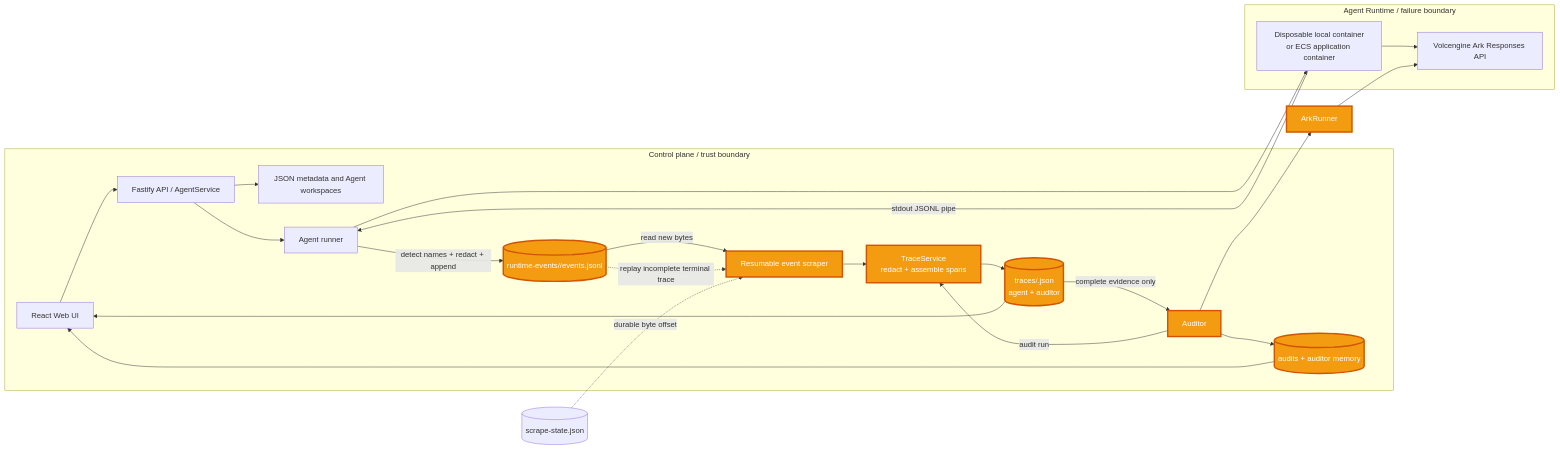
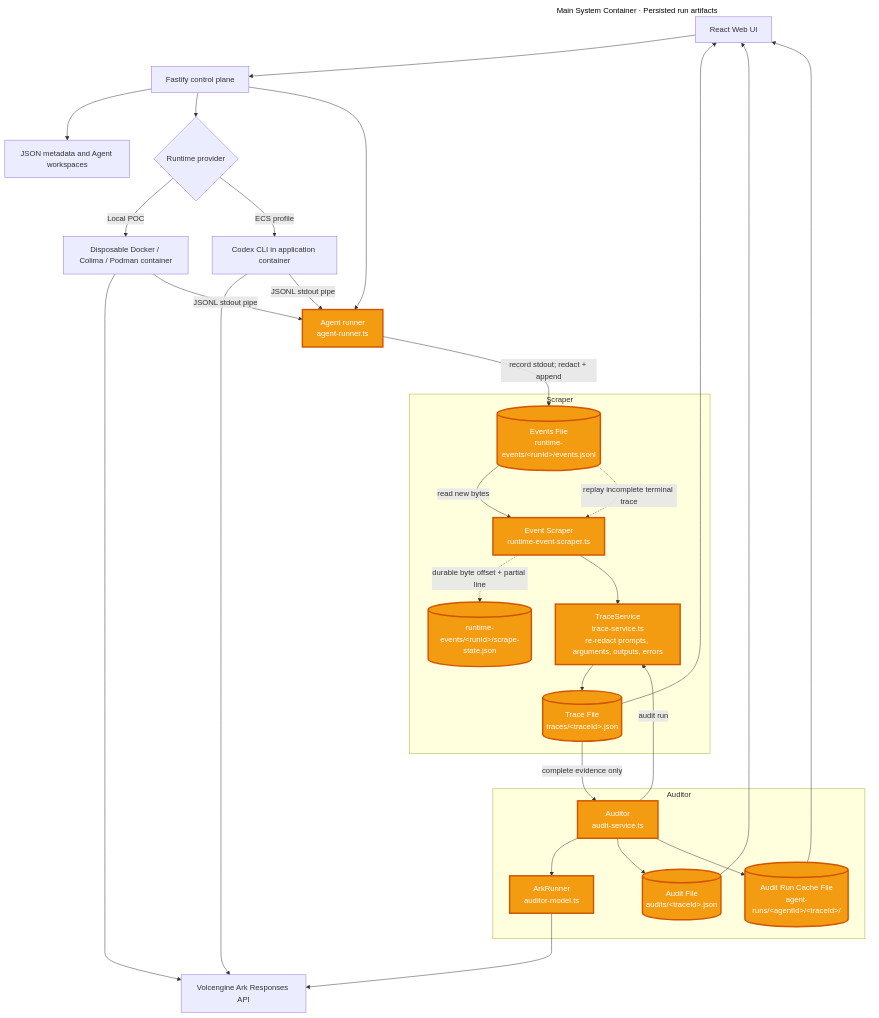
One commit to Not-jovan/Monkey changed the first of 3 diagrams in README.md. Above: the diagram before and after it, drawn with Mermaid. The commit also changed other lines of this file, not shown here.

````diff
--- a/README.md
+++ b/README.md
@@ -14,36 +21,41 @@
 ```mermaid
-flowchart LR
-    subgraph Control["Control plane / trust boundary"]
-        UI["React Web UI"] --> API["Fastify API / AgentService"]
-        API --> Store["JSON metadata and Agent workspaces"]
-        API --> Runner["Agent runner"]
-        Runner -->|detect names + redact + append| EventFile[("runtime-events/<runId>/events.jsonl")]
-        Scraper["Resumable event scraper"] --> Tracer["TraceService\nredact + assemble spans"]
-        Tracer --> Traces[("traces/<traceId>.json\nagent + auditor")]
-        Traces -->|complete evidence only| Auditor["Auditor"]
-        Auditor --> Audits[("audits + auditor memory")]
+flowchart TB
+    UI["React Web UI"] --> API["Fastify control plane"]
+    API --> Store["JSON metadata and Agent workspaces"]
+    API --> Runtime{"Runtime provider"}
+    Runtime -->|Local POC| Container["Disposable Docker / Colima / Podman container"]
+    Runtime -->|ECS profile| Codex["Codex CLI in application container"]
+    Container --> Ark["Volcengine Ark Responses API"]
+    Codex --> Ark["Volcengine Ark Responses API"]
+    API --> Runner["Agent runner<br/>agent-runner.ts"]
+    Container -->|JSONL stdout pipe| Runner
+    Codex -->|JSONL stdout pipe| Runner
+    Runner -->|record stdout; redact + append| Events
+
+    subgraph ParentGroup [Main System Container · Persisted run artifacts]
+        subgraph EventPipeline [Scraper]
+            Events[("Events File<br/>runtime-events/&lt;runId&gt;/events.jsonl")]
+            Events -->|read new bytes| EventScraper["Event Scraper<br/>runtime-event-scraper.ts"]
+            Events -.->|replay incomplete terminal trace| EventScraper
+            EventScraper -.->|durable byte offset + partial line| ScrapeState[("runtime-events/&lt;runId&gt;/scrape-state.json")]
+            EventScraper --> Tracer["TraceService<br/>trace-service.ts<br/>re-redact prompts, arguments, outputs, errors"]
+            Tracer --> Traces[("Trace File<br/>traces/&lt;traceId&gt;.json")]
+        end
         Traces --> UI
-        Audits --> UI
+
+        Traces -->|complete evidence only| Auditor
+        subgraph AuditorFlow [Auditor]
+            Auditor["Auditor<br/>audit-service.ts"] --> ArkRunner["ArkRunner<br/>auditor-model.ts"]
+            Auditor --> Audits[("Audit File<br/>audits/&lt;traceId&gt;.json")]
+            Auditor --> Memory[("Audit Run Cache File<br/>agent-runs/&lt;agentId&gt;/&lt;traceId&gt;/")]
+            Auditor -->|audit run| Tracer
+        end
     end
+    ArkRunner --> Ark
+    Audits --> UI
+    Memory --> UI
 
-    subgraph RuntimeBoundary["Agent Runtime / failure boundary"]
-        Runner --> Container["Disposable local container\nor ECS application container"]
-        Container --> Ark["Volcengine Ark Responses API"]
-        Container -->|stdout JSONL pipe| Runner
-    end
-
-    EventFile -->|read new bytes| Scraper
-    EventFile -.->|replay incomplete terminal trace| Scraper
-    ScrapeState[("scrape-state.json")] -.->|durable byte offset| Scraper
-    Auditor --> ArkRunner["ArkRunner"]
-    ArkRunner --> Ark
-    Auditor -->|audit run| Tracer
-
-    style EventFile fill:#f39c12,stroke:#d35400,stroke-width:3px,color:#ffffff
-    style Scraper fill:#f39c12,stroke:#d35400,stroke-width:3px,color:#ffffff
-    style Tracer fill:#f39c12,stroke:#d35400,stroke-width:3px,color:#ffffff
-    style Traces fill:#f39c12,stroke:#d35400,stroke-width:3px,color:#ffffff
-    style Auditor fill:#f39c12,stroke:#d35400,stroke-width:3px,color:#ffffff
-    style ArkRunner fill:#f39c12,stroke:#d35400,stroke-width:3px,color:#ffffff
-    style Audits fill:#f39c12,stroke:#d35400,stroke-width:3px,color:#ffffff
+    classDef added fill:#f39c12,stroke:#d35400,stroke-width:3px,color:#ffffff
+    class Runner,Events,ScrapeState,Traces,EventScraper,Tracer,Auditor,ArkRunner,Audits,Memory added
+    style ParentGroup fill:none,stroke:none,color:#000
 ```
````
